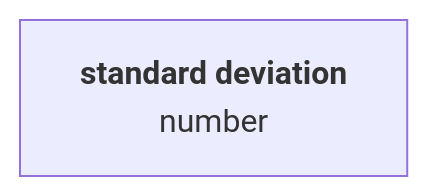
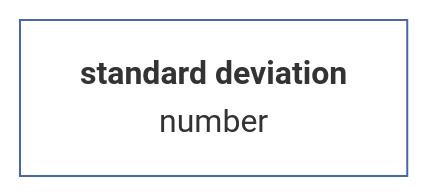
One commit to muzikp/retusa changed diagram 11 of 23 in docs/en-GB/vector.md. Above: the diagram before and after it, drawn with Mermaid. The commit also changed other lines of this file and 17 other files, not shown here.

````diff
--- a/docs/en-GB/vector.md
+++ b/docs/en-GB/vector.md
@@ -292,4 +322,7 @@
 ```mermaid
 graph TD
-A[<b>standard deviation<br></b>number]
+stdev[<b>standard deviation<br></b>number]
+style stdev fill:#FFFFFF;
+style stdev stroke:#4967A4;
+
 ```
````
